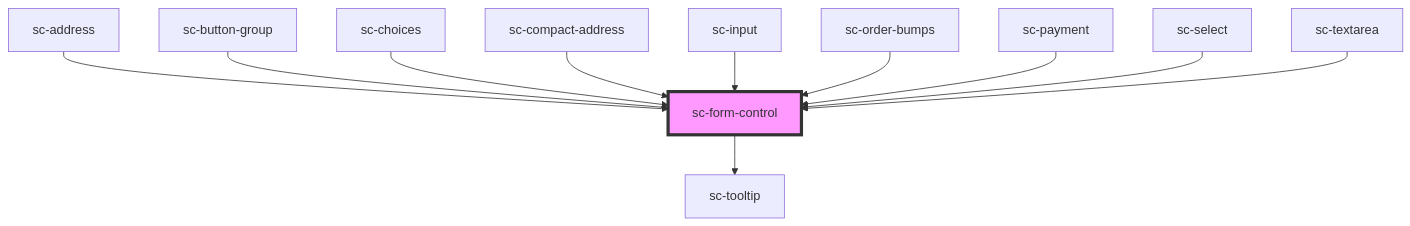
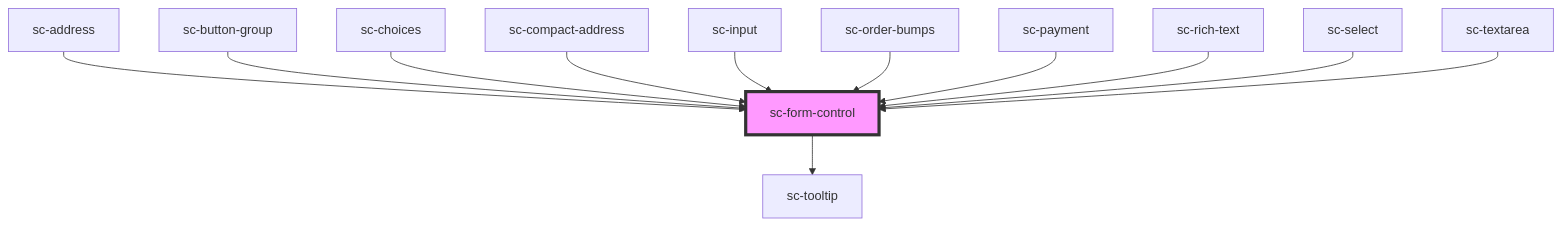
One commit to surecart/surecart-wp-plugin changed the diagram in packages/components/src/components/ui/form-control/readme.md. Above: the diagram before and after it, drawn with Mermaid. The commit also changed other lines of this file and 93 other files, not shown here.

Commit message:
Add rich text. Template compat.

````diff
--- a/packages/components/src/components/ui/form-control/readme.md
+++ b/packages/components/src/components/ui/form-control/readme.md
@@ -54,14 +55,15 @@
 ```mermaid
 graph TD;
   sc-form-control --> sc-tooltip
   sc-address --> sc-form-control
   sc-button-group --> sc-form-control
   sc-choices --> sc-form-control
   sc-compact-address --> sc-form-control
   sc-input --> sc-form-control
   sc-order-bumps --> sc-form-control
   sc-payment --> sc-form-control
+  sc-rich-text --> sc-form-control
   sc-select --> sc-form-control
   sc-textarea --> sc-form-control
   style sc-form-control fill:#f9f,stroke:#333,stroke-width:4px
 ```
````
